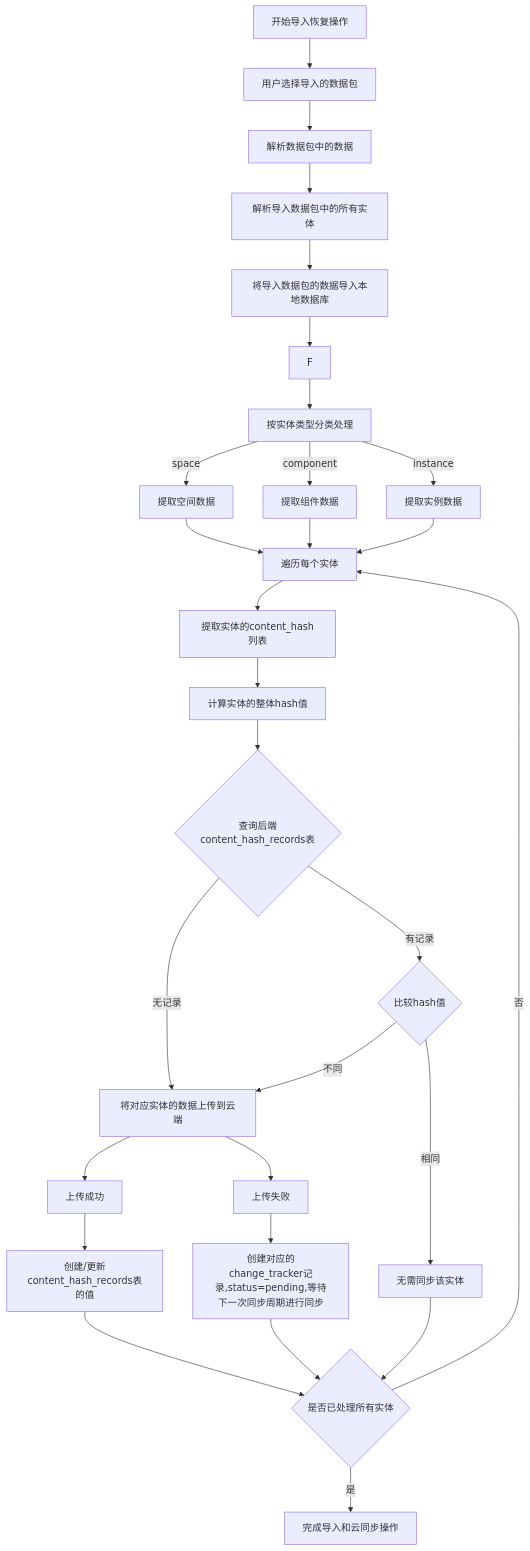
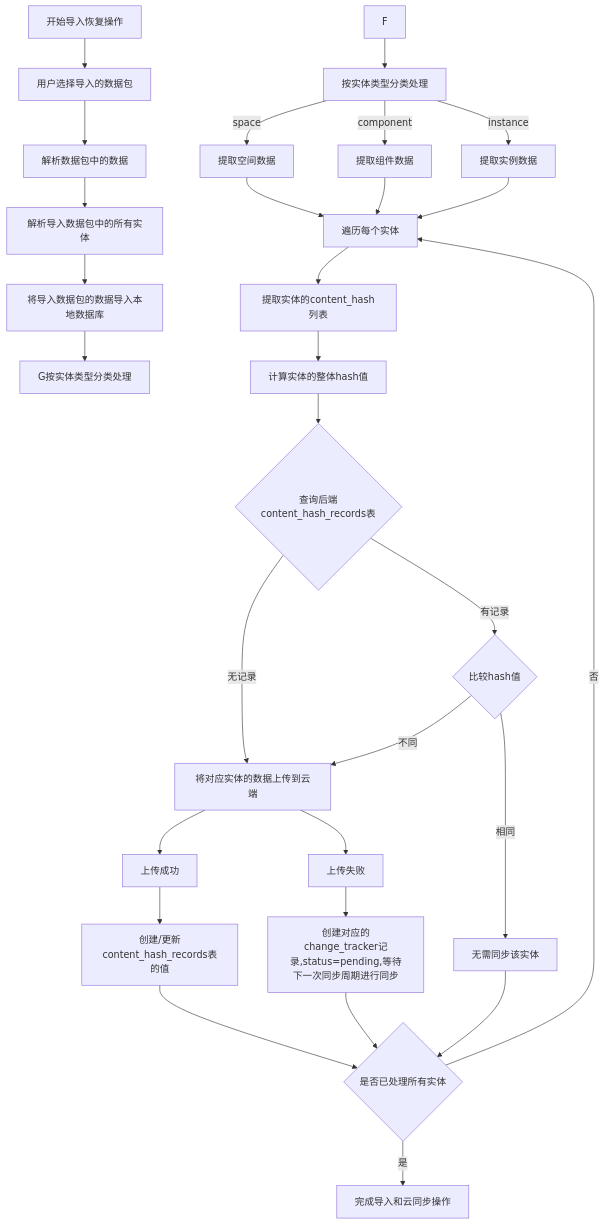
The diagram in all/未命名-45.md (yingjianzh/iodraw-files), drawn with Mermaid before and after one commit.

Commit message:
2025-04-27 17:32:24 update

````diff
--- a/all/未命名-45.md
+++ b/all/未命名-45.md
@@ -1,46 +1,46 @@
 ```mermaid
 
 flowchart TD
     A[开始导入恢复操作] --> B[用户选择导入的数据包]
     B --> C[解析数据包中的数据]
     
     C --> D[解析导入数据包中的所有实体]
     D --> E[将导入数据包的数据导入本地数据库]
     
-    E --> 
+    E --> G按实体类型分类处理
     F --> G[按实体类型分类处理]
     
     G -->|space| H1[提取空间数据]
     G -->|component| H2[提取组件数据]
     G -->|instance| H3[提取实例数据]
     
     H1 --> I[遍历每个实体]
     H2 --> I
     H3 --> I
     
     I --> J[提取实体的content_hash列表]
     J --> K[计算实体的整体hash值]
     
     K --> L{查询后端content_hash_records表}
     L -->|无记录| M1[将对应实体的数据上传到云端]
     M1 --> N1[上传成功]
     M1 --> N2[上传失败]
     
     N2 --> N3[创建对应的change_tracker记录,status=pending,等待下一次同步周期进行同步]
     N3 --> S
     N1 --> M4[创建/更新content_hash_records表的值]
 
 
     L -->|有记录| M2{比较hash值}
     M2 -->|不同| M1
 
     M2 -->|相同| M3[无需同步该实体]
     
     
     M3 --> S{是否已处理所有实体}
     M4 --> S{是否已处理所有实体}
     
     S -->|否| I
     S -->|是| T[完成导入和云同步操作]
 
 ```
````
